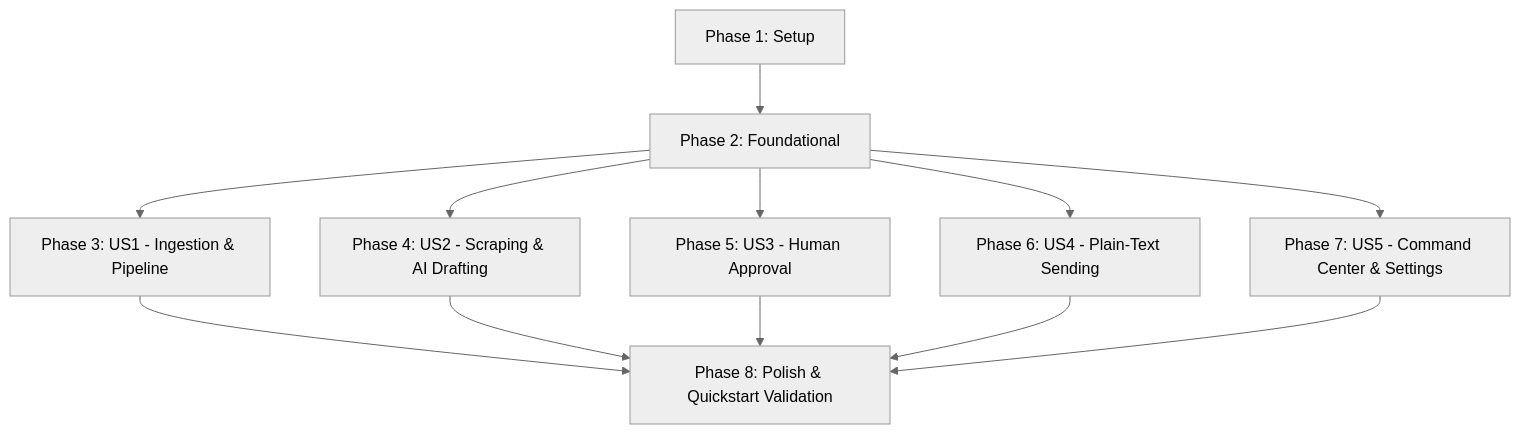
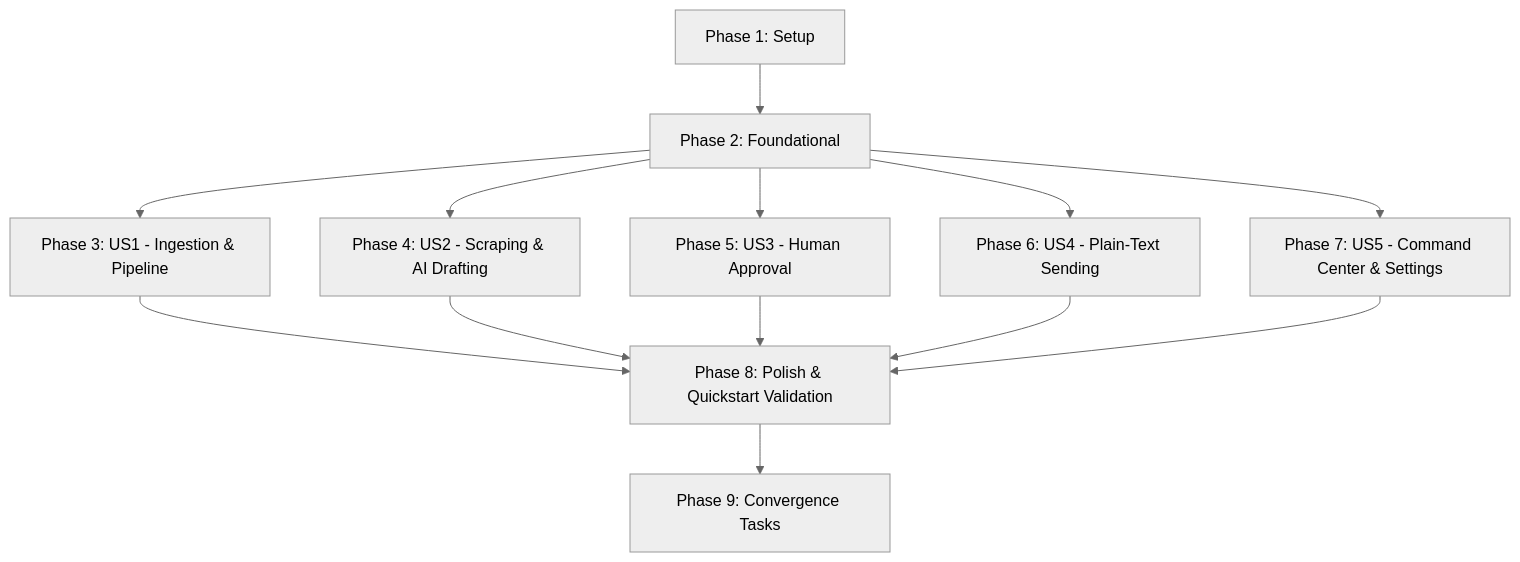
The diagram in specs/001-b2b-outreach-engine/tasks.md (whiteki3011s/automated-email), drawn with Mermaid (neutral theme) before and after one commit. The commit also changed other lines of this file and 35 other files, not shown here.

````diff
--- a/specs/001-b2b-outreach-engine/tasks.md
+++ b/specs/001-b2b-outreach-engine/tasks.md
@@ -116,14 +116,15 @@
 ```mermaid
 graph TD
     Phase1[Phase 1: Setup] --> Phase2[Phase 2: Foundational]
     Phase2 --> US1[Phase 3: US1 - Ingestion & Pipeline]
     Phase2 --> US2[Phase 4: US2 - Scraping & AI Drafting]
     Phase2 --> US3[Phase 5: US3 - Human Approval]
     Phase2 --> US4[Phase 6: US4 - Plain-Text Sending]
     Phase2 --> US5[Phase 7: US5 - Command Center & Settings]
     US1 --> Polish[Phase 8: Polish & Quickstart Validation]
     US2 --> Polish
     US3 --> Polish
     US4 --> Polish
     US5 --> Polish
+    Polish --> Conv[Phase 9: Convergence Tasks]
 ```
````
